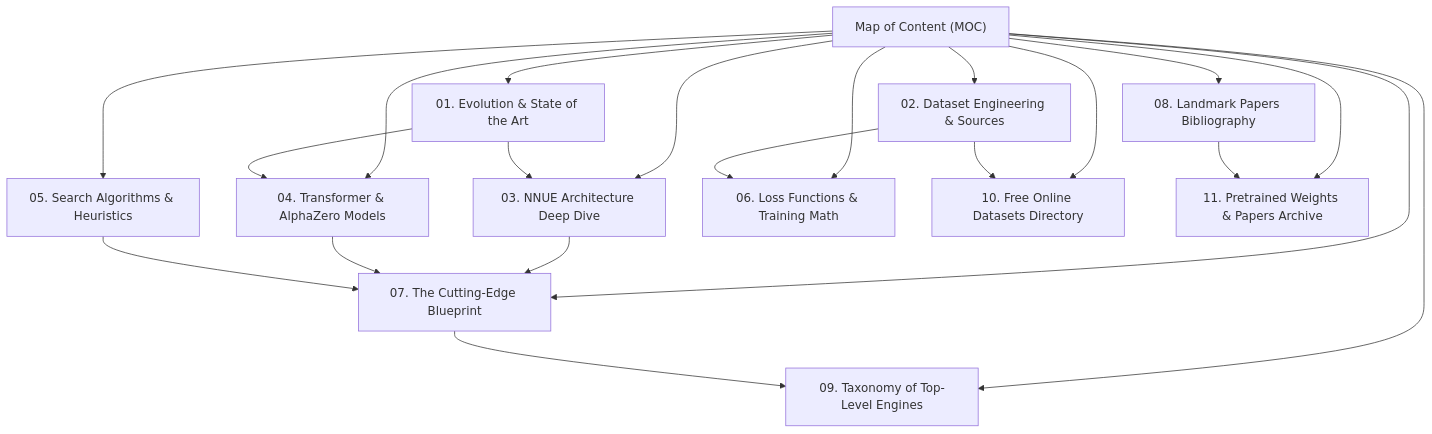
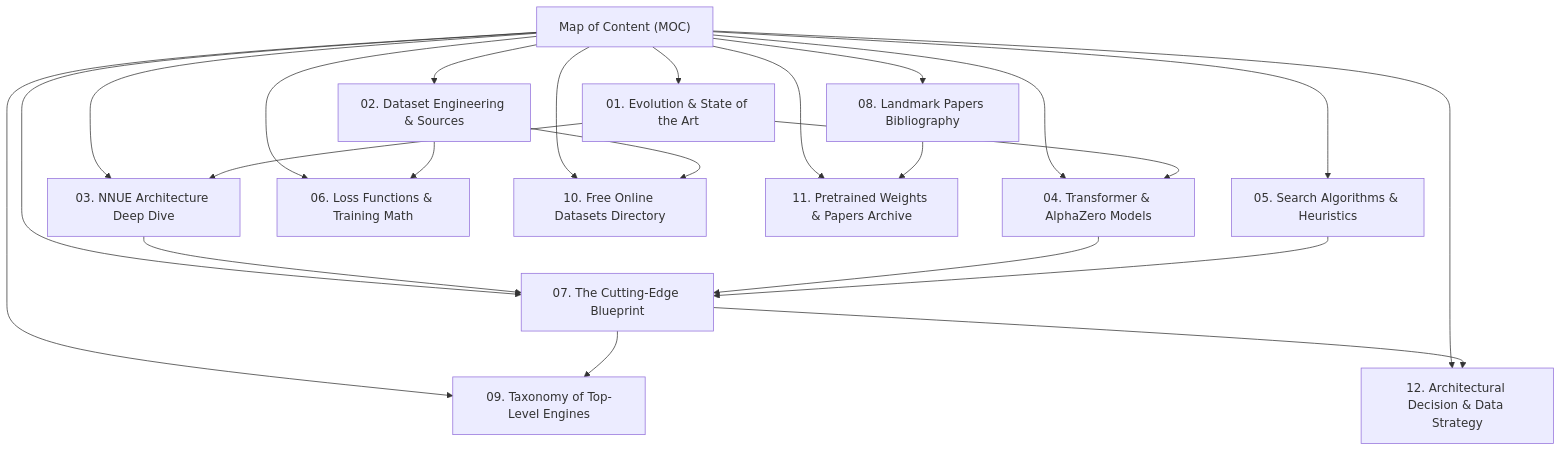
Before and after one commit to hammadshakeelai/apex-chess-engine: the diagram in obsidian-vault/00-Index-Map-of-Content.md, drawn with Mermaid. The commit also changed 1 other file, not shown here.

Commit message:
docs: add architectural decision matrix and 4-phase universal dataset strategy

````diff
--- a/obsidian-vault/00-Index-Map-of-Content.md
+++ b/obsidian-vault/00-Index-Map-of-Content.md
@@ -12,25 +12,27 @@
 ```mermaid
 flowchart TD
     Index["Map of Content (MOC)"]
     Index --> Hist["01. Evolution & State of the Art"]
     Index --> Data["02. Dataset Engineering & Sources"]
     Index --> NNUE["03. NNUE Architecture Deep Dive"]
     Index --> Trans["04. Transformer & AlphaZero Models"]
     Index --> Search["05. Search Algorithms & Heuristics"]
     Index --> Math["06. Loss Functions & Training Math"]
     Index --> Blue["07. The Cutting-Edge Blueprint"]
     Index --> Bib["08. Landmark Papers Bibliography"]
     Index --> Tax["09. Taxonomy of Top-Level Engines"]
     Index --> FreeData["10. Free Online Datasets Directory"]
     Index --> Weights["11. Pretrained Weights & Papers Archive"]
+    Index --> Strategy["12. Architectural Decision & Data Strategy"]
 
     Hist --> NNUE
     Hist --> Trans
     Data --> Math
     NNUE --> Blue
     Trans --> Blue
     Search --> Blue
     Blue --> Tax
     Data --> FreeData
     Bib --> Weights
+    Blue --> Strategy
 ```
````
